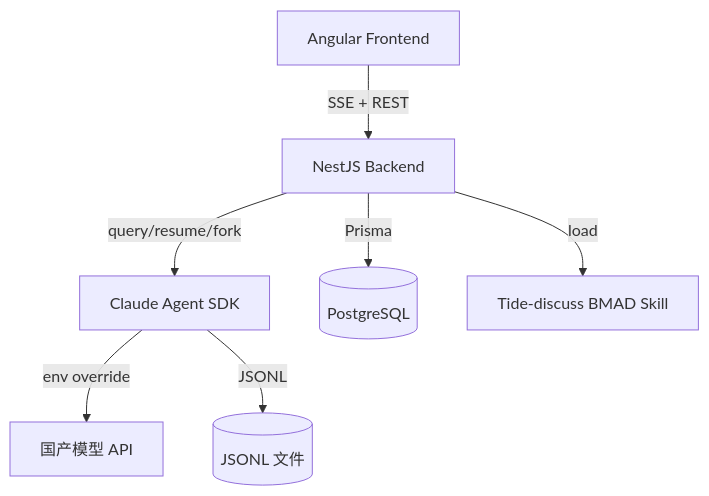
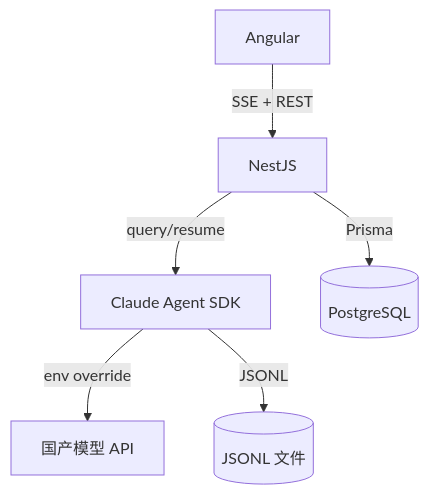
One commit to billkang/oceanus changed the diagram in .deepstorm/context.md. Above: the diagram before and after it, drawn with Mermaid. The commit also changed other lines of this file and 38 other files, not shown here.

````diff
--- a/.deepstorm/context.md
+++ b/.deepstorm/context.md
@@ -73,9 +33,8 @@
 ```mermaid
 graph TD
-    Frontend[Angular Frontend] -->|SSE + REST| Backend[NestJS Backend]
-    Backend -->|query/resume/fork| SDK[Claude Agent SDK]
+    Frontend[Angular] -->|SSE + REST| Backend[NestJS]
+    Backend -->|query/resume| SDK[Claude Agent SDK]
     SDK -->|env override| AI[国产模型 API]
     Backend -->|Prisma| DB[(PostgreSQL)]
     SDK -->|JSONL| File[(JSONL 文件)]
-    Backend -->|load| Skill[Tide-discuss BMAD Skill]
 ```
````
